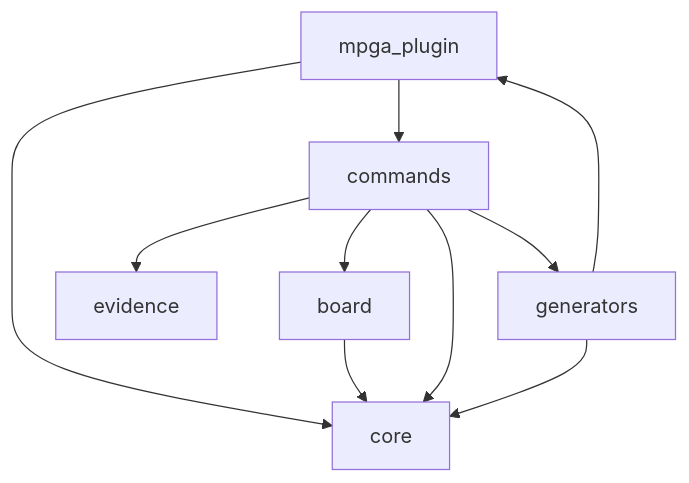
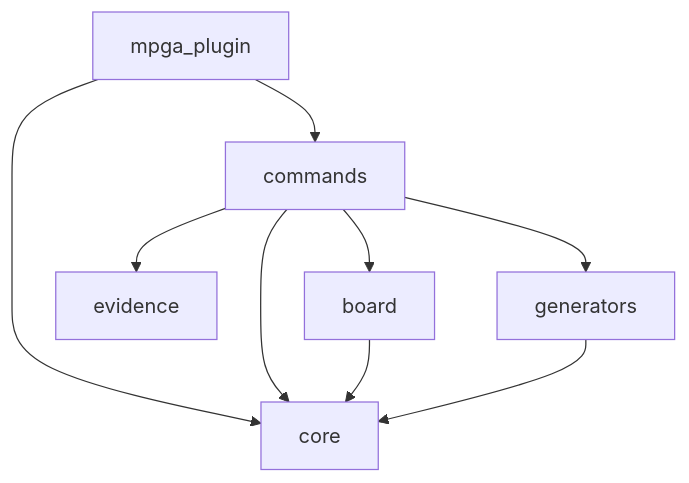
The diagram in MPGA/GRAPH.md (benrben/MPGA), drawn with Mermaid before and after one commit. The commit also changed other lines of this file and 57 other files, not shown here.

````diff
--- a/MPGA/GRAPH.md
+++ b/MPGA/GRAPH.md
@@ -31,12 +21,11 @@
 ```mermaid
 graph TD
     mpga_plugin --> core
     mpga_plugin --> commands
-    board --> core
     commands --> core
     commands --> board
     commands --> evidence
     commands --> generators
+    board --> core
     generators --> core
-    generators --> mpga_plugin
 ```
````
